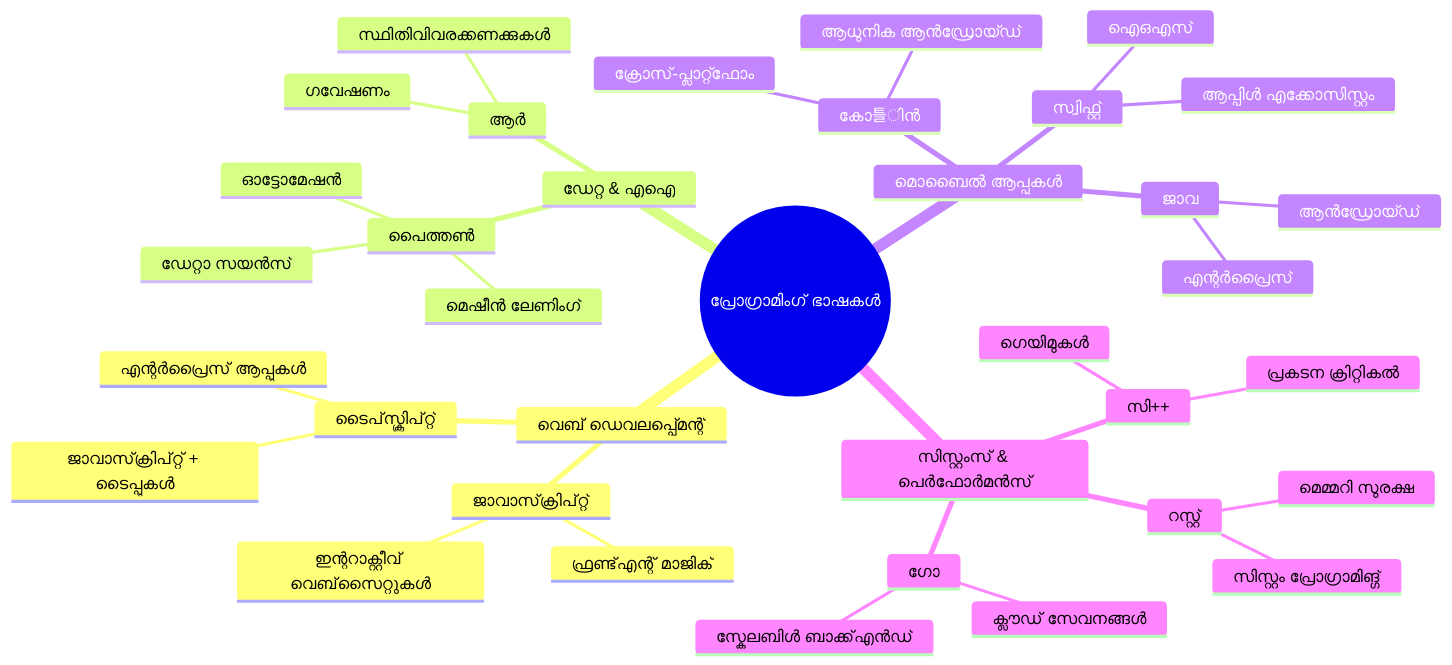
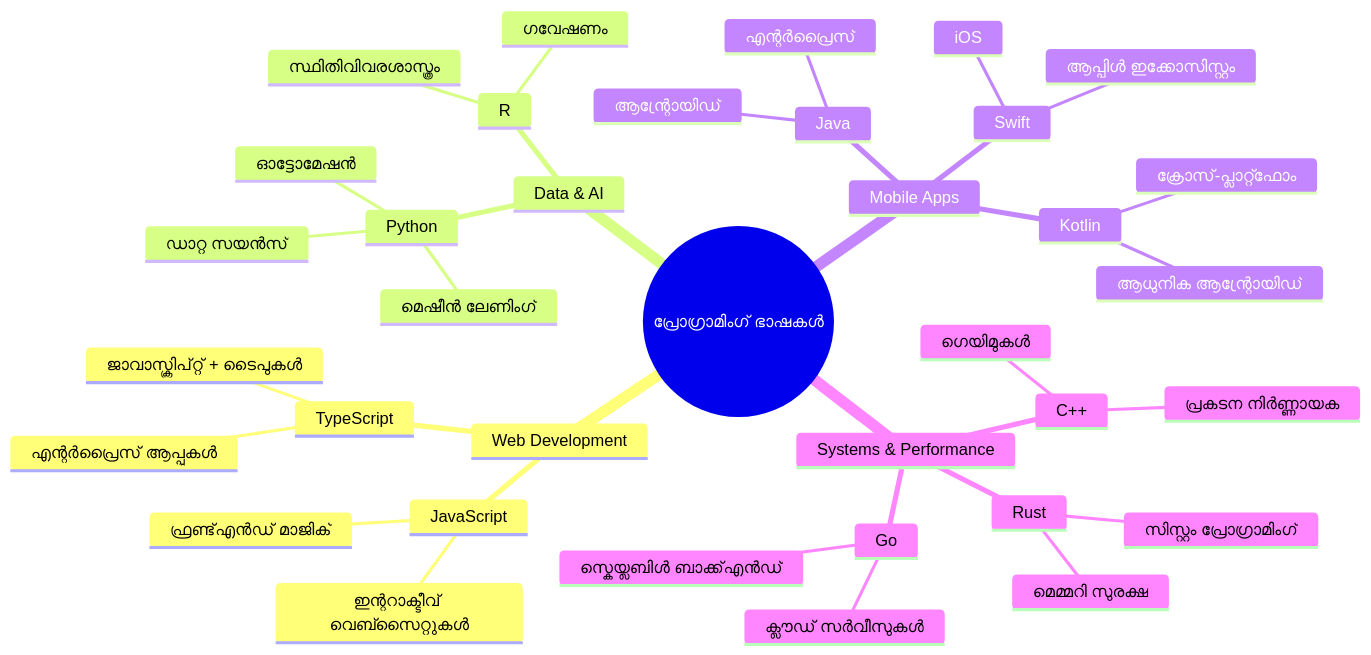
One commit to microsoft/Web-Dev-For-Beginners changed the second of 7 diagrams in translations/ml/1-getting-started-lessons/1-intro-to-programming-languages/README.md. Above: the diagram before and after it, drawn with Mermaid. The commit also changed other lines of this file and 13 other files, not shown here.

````diff
--- a/translations/ml/1-getting-started-lessons/1-intro-to-programming-languages/README.md
+++ b/translations/ml/1-getting-started-lessons/1-intro-to-programming-languages/README.md
@@ -85,39 +88,39 @@
 ```mermaid
 mindmap
-  root((പ്രോഗ്രാമിംഗ് ഭാഷകൾ))
-    വെബ് ഡെവലപ്പ്മെന്റ്
-      ജാവാസ്‌ക്രിപ്റ്റ്
-        ഫ്രണ്ട്‌എന്റ് മാജിക്
-        ഇന്ററാക്റ്റീവ് വെബ്‌സൈറ്റുകൾ
-      ടൈപ്‌സ്ക്രിപ്റ്റ്
-        ജാവാസ്‌ക്രിപ്റ്റ് + ടൈപ്പുകൾ
+  root((പ്രോഗ്രാമിംഗ് ഭാഷകൾ))
+    Web Development
+      JavaScript
+        ഫ്രണ്ട്‌എൻഡ് മാജിക്
+        ഇന്ററാക്ടീവ് വെബ്സൈറ്റുകൾ
+      TypeScript
+        ജാവാസ്ക്രിപ്റ്റ് + ടൈപുകൾ
         എന്റർപ്രൈസ് ആപ്പുകൾ
-    ഡേറ്റ & എഐ
-      പൈത്തൺ
-        ഡേറ്റാ സയൻസ്
+    Data & AI
+      Python
+        ഡാറ്റ സയൻസ്
         മെഷീൻ ലേണിംഗ്
         ഓട്ടോമേഷൻ
-      ആർ
-        സ്ഥിതിവിവരക്കണക്കുകൾ
+      R
+        സ്ഥിതിവിവരശാസ്ത്രം
         ഗവേഷണം
-    മൊബൈൽ ആപ്പുകൾ
-      ജാവ
-        ആൻഡ്രോയ്ഡ്
+    Mobile Apps
+      Java
+        ആന്റ്രോയിഡ്
         എന്റർപ്രൈസ്
-      സ്വിഫ്റ്റ്
-        ഐഒഎസ്
-        ആപ്പിൾ എക്കോസിസ്റ്റം
-      കോ틀ിൻ
-        ആധുനിക ആൻഡ്രോയ്ഡ്
+      Swift
+        iOS
+        ആപ്പിൾ ഇക്കോസിസ്റ്റം
+      Kotlin
+        ആധുനിക ആന്റ്രോയിഡ്
         ക്രോസ്-പ്ലാറ്റ്ഫോം
-    സിസ്റ്റംസ് & പെർഫോർമൻസ്
-      സി++
+    Systems & Performance
+      C++
         ഗെയിമുകൾ
-        പ്രകടന ക്രിറ്റി‌കൽ
-      റസ്റ്റ്
+        പ്രകടന നിർണ്ണായക
+      Rust
         മെമ്മറി സുരക്ഷ
-        സിസ്റ്റം പ്രോഗ്രാമിങ്ഗ്
-      ഗോ
-        ക്ലൗഡ് സേവനങ്ങൾ
-        സ്കേലബിൾ ബാക്ക്എൻഡ്
+        സിസ്റ്റം പ്രോഗ്രാമിംഗ്
+      Go
+        ക്ലൗഡ് സർവീസുകൾ
+        സ്കെയ്ലബിൾ ബാക്ക്എൻഡ്
 ```
````
